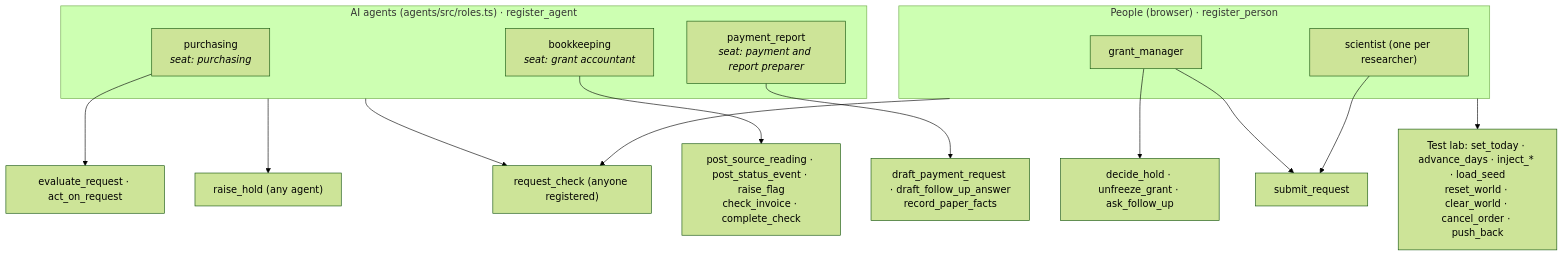
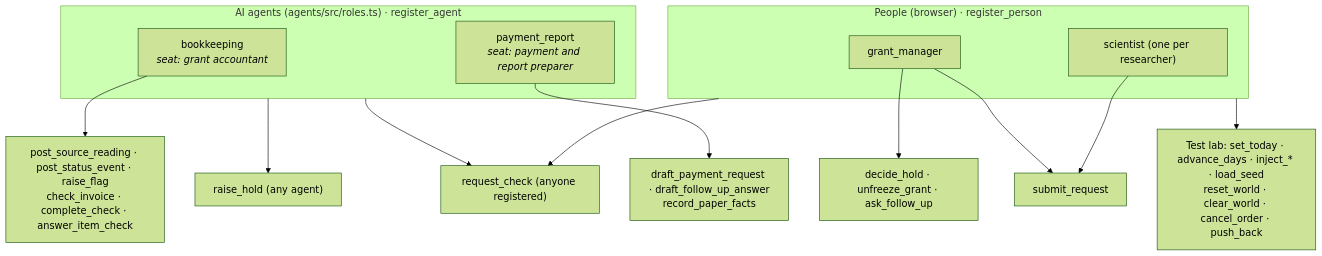
Before and after one commit to vitgruib/CalHacks13.0: the third of 4 diagrams in docs/ARCHITECTURE.md, drawn with Mermaid (forest theme). The commit also changed other lines of this file and 9 other files, not shown here.

Commit message:
docs: no purchasing agent; the grant office approves every request and invoice (T108 done)

````diff
--- a/docs/ARCHITECTURE.md
+++ b/docs/ARCHITECTURE.md
@@ -82,21 +81,19 @@
 ```mermaid
 flowchart TB
   subgraph Agents["AI agents (agents/src/roles.ts) · register_agent"]
-    A1["purchasing<br/><i>seat: purchasing</i>"]
     A2["bookkeeping<br/><i>seat: grant accountant</i>"]
     A3["payment_report<br/><i>seat: payment and report preparer</i>"]
   end
   subgraph People["People (browser) · register_person"]
     P1["grant_manager"]
     P2["scientist (one per researcher)"]
   end
 
-  A1 --> R1["evaluate_request · act_on_request"]
-  A2 --> R2["post_source_reading · post_status_event · raise_flag<br/>check_invoice · complete_check"]
+  A2 --> R2["post_source_reading · post_status_event · raise_flag<br/>check_invoice · complete_check · answer_item_check"]
   A3 --> R3["draft_payment_request · draft_follow_up_answer<br/>record_paper_facts"]
   Agents --> R4["raise_hold (any agent)"]
   P1 --> R5["decide_hold · unfreeze_grant · ask_follow_up"]
   P1 & P2 --> R6["submit_request"]
   People --> R7["Test lab: set_today · advance_days · inject_* · load_seed<br/>reset_world · clear_world · cancel_order · push_back"]
   Agents & People --> R8["request_check (anyone registered)"]
 ```
````
